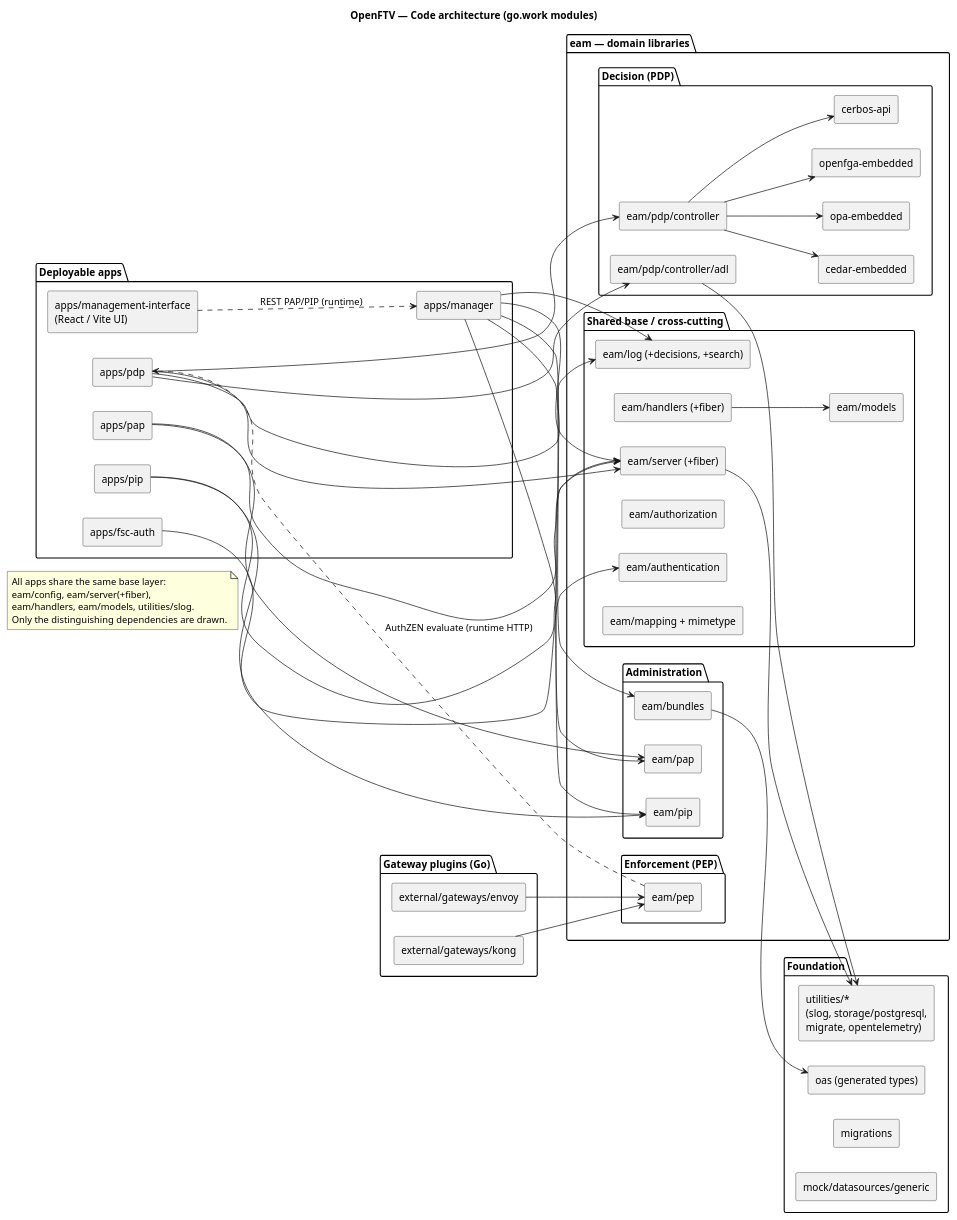
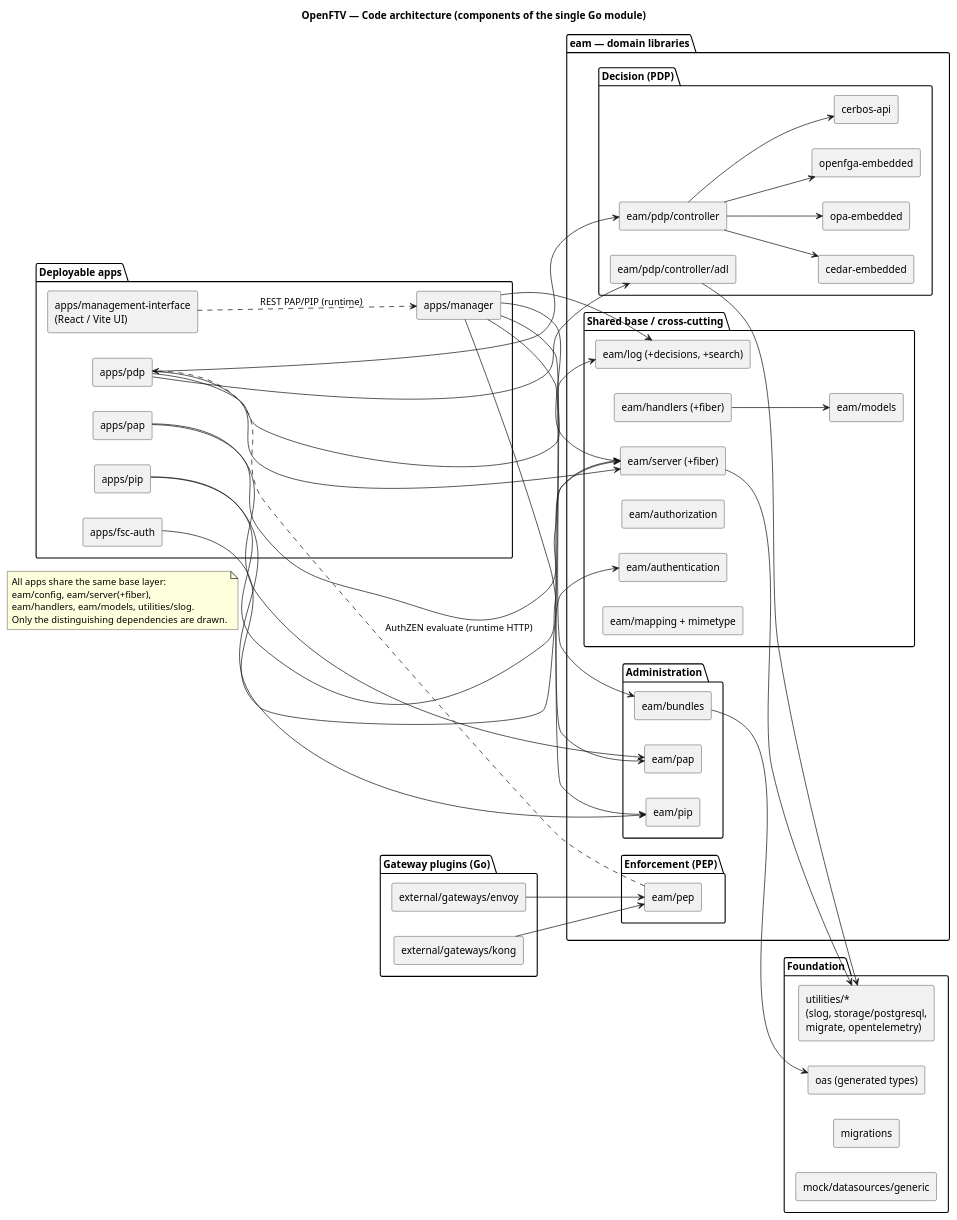
The diagram in docs/architecture/code.puml (nielserkamp-ritense/open-ftv), drawn with PlantUML before and after one commit. The commit also changed 153 other files, not shown here.

```diff
--- a/docs/architecture/code.puml
+++ b/docs/architecture/code.puml
@@ -1,96 +1,96 @@
 @startuml openftv-code
-title OpenFTV — Code architecture (go.work modules)
+title OpenFTV — Code architecture (components of the single Go module)
 
 skinparam componentStyle rectangle
 left to right direction
 
 package "Deployable apps" {
   component "apps/manager" as MGR
   component "apps/pdp" as PDP
   component "apps/pap" as PAP
   component "apps/pip" as PIP
   component "apps/fsc-auth" as FSC
   component "apps/management-interface\n(React / Vite UI)" as MI
 }
 
 package "Gateway plugins (Go)" {
   component "external/gateways/kong" as KONG
   component "external/gateways/envoy" as ENVOY
 }
 
 package "eam — domain libraries" {
   package "Enforcement (PEP)" {
     component "eam/pep" as PEP
   }
   package "Decision (PDP)" {
     component "eam/pdp/controller" as CTRL
     component "eam/pdp/controller/adl" as CADL
     component "cedar-embedded" as CEDAR
     component "opa-embedded" as OPA
     component "openfga-embedded" as FGA
     component "cerbos-api" as CERBOS
   }
   package "Administration" {
     component "eam/pap" as EPAP
     component "eam/pip" as EPIP
     component "eam/bundles" as BUND
   }
   package "Shared base / cross-cutting" {
     component "eam/server (+fiber)" as SRV
     component "eam/handlers (+fiber)" as HND
     component "eam/authentication" as AUTHN
     component "eam/authorization" as AUTHZ
     component "eam/models" as MOD
     component "eam/log (+decisions, +search)" as LOG
     component "eam/mapping + mimetype" as MAP
   }
 }
 
 package "Foundation" {
   component "utilities/*\n(slog, storage/postgresql,\nmigrate, opentelemetry)" as UT
   component "oas (generated types)" as OAS
   component "migrations" as MIG
   component "mock/datasources/generic" as MOCK
 }
 
 ' ---- distinguishing app composition ----
 MGR --> EPAP
 MGR --> EPIP
 MGR --> BUND
 MGR --> LOG
 PAP --> EPAP
 PIP --> EPIP
 PDP --> CTRL
 PDP --> CADL
 PDP --> LOG
 FSC --> AUTHN
 
 ' ---- PDP controller delegates to a policy engine ----
 CTRL --> CEDAR
 CTRL --> OPA
 CTRL --> FGA
 CTRL --> CERBOS
 
 ' ---- gateways enforce via PEP, then call the PDP over HTTP ----
 KONG  --> PEP
 ENVOY --> PEP
 PEP  ..> PDP : AuthZEN evaluate (runtime HTTP)
 MI   ..> MGR : REST PAP/PIP (runtime)
 
 ' ---- shared base + foundation ----
 MGR --> SRV
 PDP --> SRV
 PAP --> SRV
 PIP --> SRV
 SRV --> UT
 HND --> MOD
 BUND --> OAS
 CADL --> UT
 
 note as N1
   All apps share the same base layer:
   eam/config, eam/server(+fiber),
   eam/handlers, eam/models, utilities/slog.
   Only the distinguishing dependencies are drawn.
 end note
 @enduml
```
